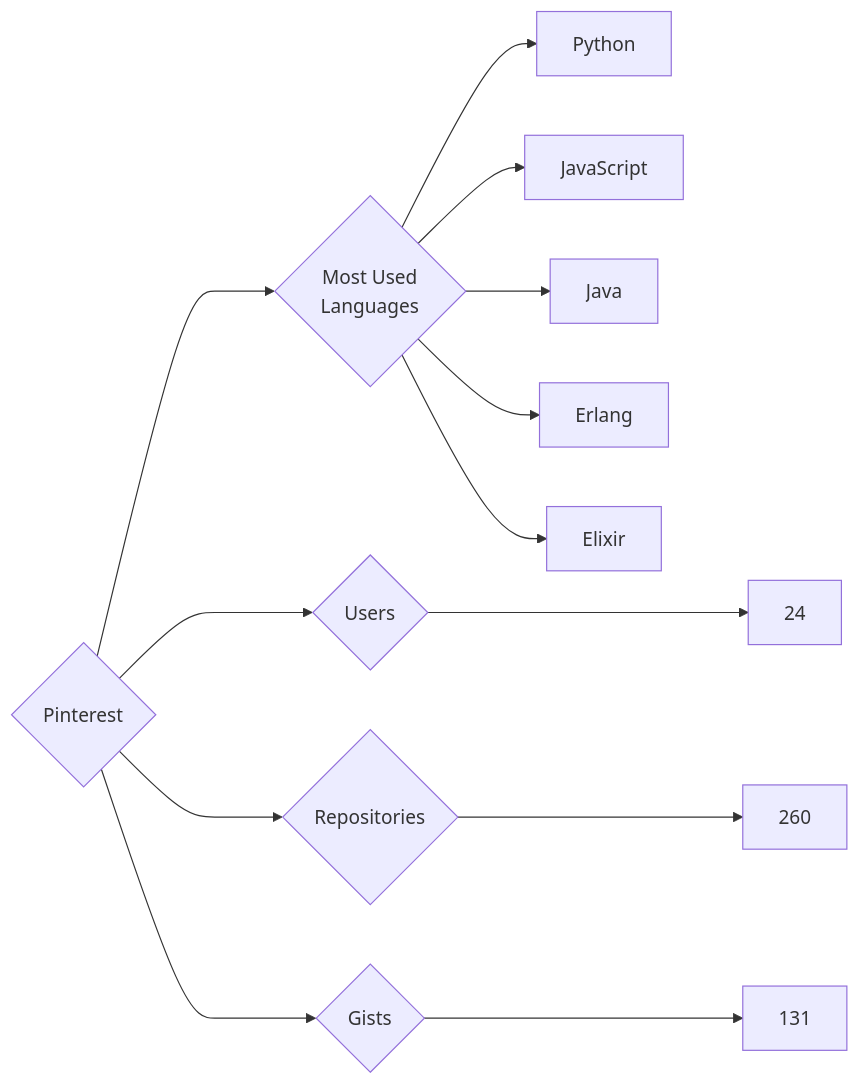
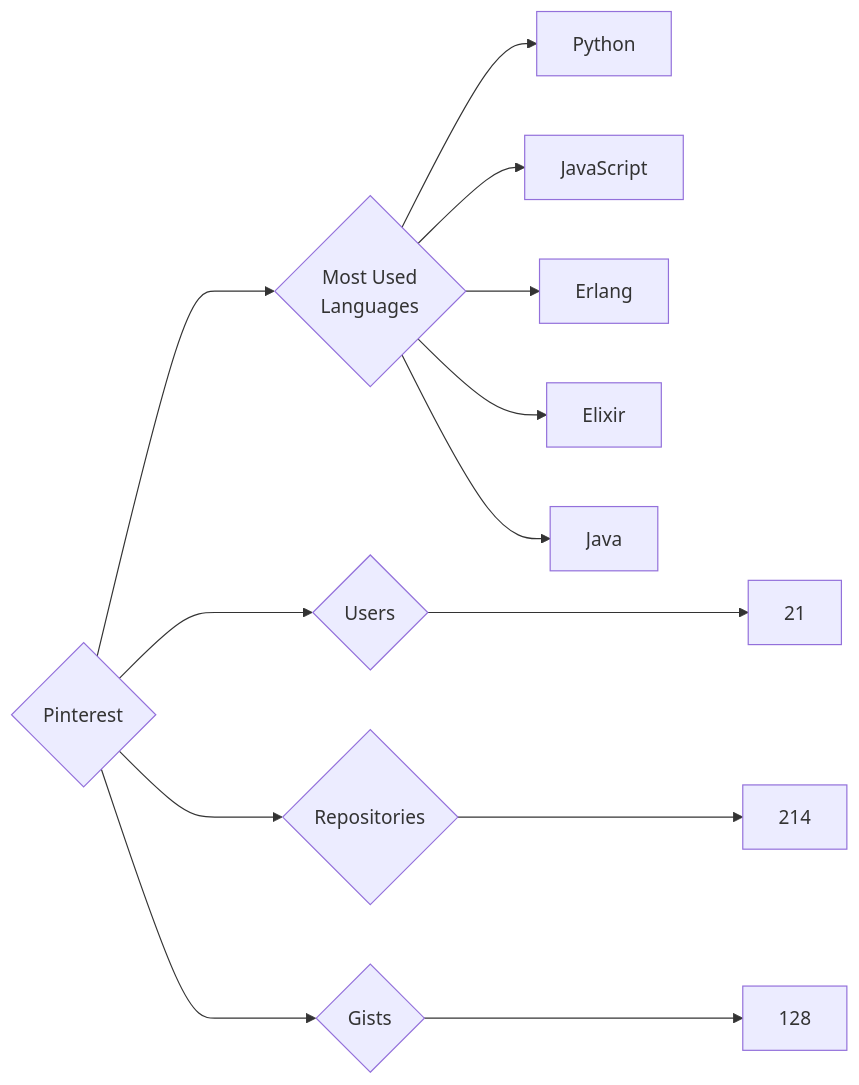
One commit to trickest/insiders changed the diagram in targets/Pinterest/README.md. Above: the diagram before and after it, drawn with Mermaid. The commit also changed 814 other files, not shown here.

````diff
--- a/targets/Pinterest/README.md
+++ b/targets/Pinterest/README.md
@@ -3,13 +3,13 @@
 ```mermaid
 graph LR
 COMPANY_NAME{Pinterest}
-COMPANY_NAME ---> U{Users} ---> UN[24]
-COMPANY_NAME ---> R{Repositories} ---> RN[260]
-COMPANY_NAME ---> G{Gists} ---> GN[131]
+COMPANY_NAME ---> U{Users} ---> UN[21]
+COMPANY_NAME ---> R{Repositories} ---> RN[214]
+COMPANY_NAME ---> G{Gists} ---> GN[128]
 COMPANY_NAME ---> ML{Most Used<br>Languages}
 ML --> Python[Python]
 ML --> JavaScript[JavaScript]
-ML --> Java[Java]
 ML --> Erlang[Erlang]
 ML --> Elixir[Elixir]
+ML --> Java[Java]
 ```
````
